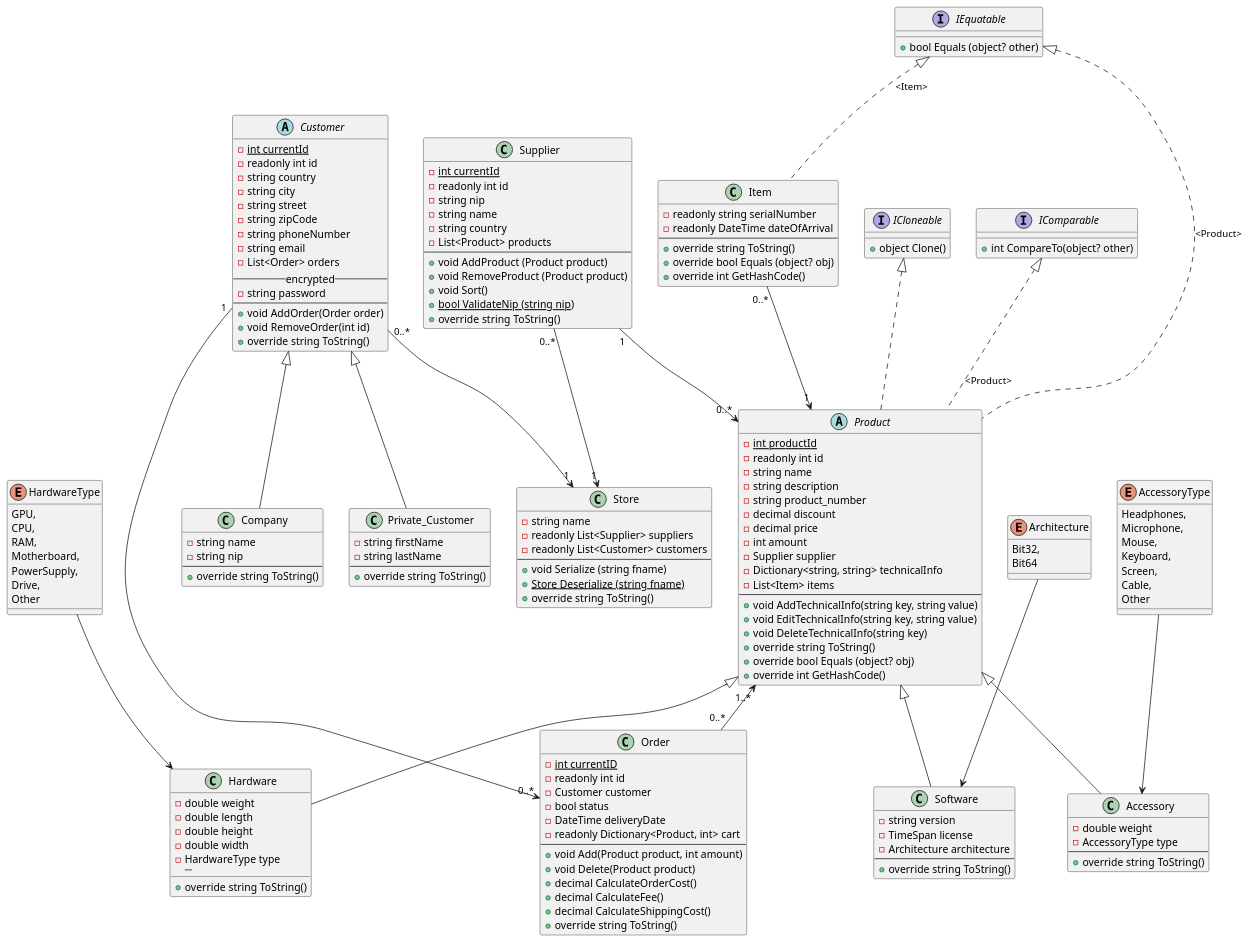
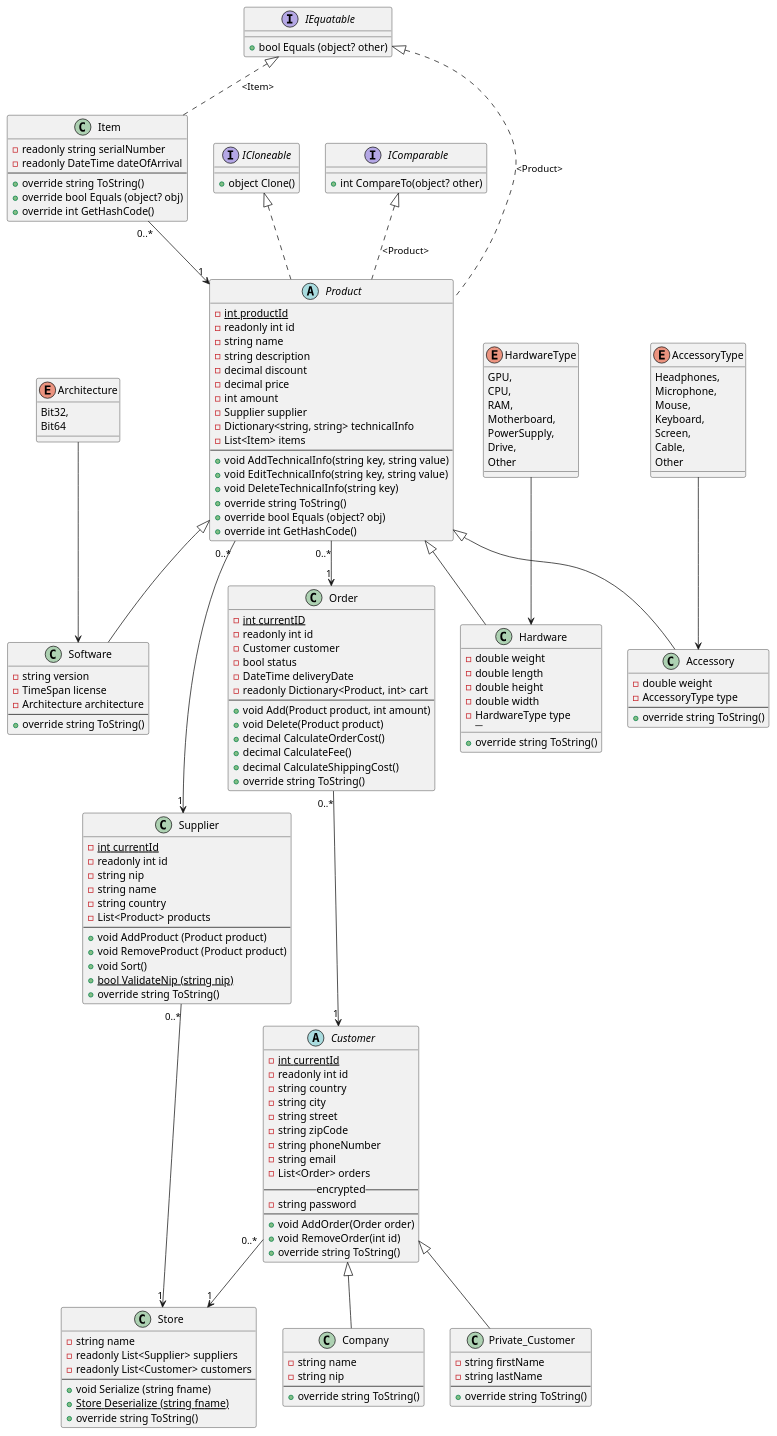
Before and after one commit to Couch-bit/Computer-Store: the diagram in Classes/UML.wsd, drawn with PlantUML. The commit also changed 4 other files, not shown here.

```diff
--- a/Classes/UML.wsd
+++ b/Classes/UML.wsd
@@ -1,185 +1,184 @@
 @startuml Project
 class Supplier {
   -{static} int currentId
   -readonly int id
   -string nip
   -string name
   -string country
   -List<Product> products
   ----
   + void AddProduct (Product product)
   + void RemoveProduct (Product product)
   + void Sort()
   + {static} bool ValidateNip (string nip)
   + override string ToString()
 }
 
 class Company {
   -string name
   -string nip
   ----
   + override string ToString()
 }
 
 class Private_Customer{
   -string firstName
   -string lastName
   ----
   + override string ToString()
 }
 
 abstract Customer {
   -{static} int currentId
   -readonly int id
   -string country
   -string city
   -string street
   -string zipCode
   -string phoneNumber
   -string email
   -List<Order> orders
   -- encrypted --
   -string password
   ----
   + void AddOrder(Order order)
   + void RemoveOrder(int id)
   + override string ToString()
 }
 
 class Order {
   -{static} int currentID
   -readonly int id
   -Customer customer
   -bool status
   -DateTime deliveryDate
   -readonly Dictionary<Product, int> cart
   ----
   + void Add(Product product, int amount)
   + void Delete(Product product)
   + decimal CalculateOrderCost()
   + decimal CalculateFee()
   + decimal CalculateShippingCost()
   + override string ToString()
 }
 
 abstract Product{
   -{static} int productId
   -readonly int id
   -string name
   -string description
-  -string product_number
   -decimal discount
   -decimal price
   -int amount
   -Supplier supplier
   -Dictionary<string, string> technicalInfo
   -List<Item> items
   ----
   + void AddTechnicalInfo(string key, string value)
   + void EditTechnicalInfo(string key, string value)
   + void DeleteTechnicalInfo(string key)
   + override string ToString()
   + override bool Equals (object? obj)
   + override int GetHashCode()
 }
 
 class Item{
   - readonly string serialNumber
   - readonly DateTime dateOfArrival
   ----
   + override string ToString()
   + override bool Equals (object? obj)
   + override int GetHashCode()
 }
 
 class Store{
   - string name
   - readonly List<Supplier> suppliers
   - readonly List<Customer> customers
   ----
   + void Serialize (string fname)
   + {static} Store Deserialize (string fname)
   + override string ToString()
 }
 
 enum HardwareType{
   GPU,
   CPU,
   RAM,
   Motherboard,
   PowerSupply,
   Drive,
   Other
 }
 
 enum AccessoryType{
   Headphones,
   Microphone,
   Mouse,
   Keyboard,
   Screen,
   Cable,
   Other
 }
 
 enum Architecture{
   Bit32,
   Bit64
 }
 
 class Hardware{
   -double weight
   -double length
   -double height
   -double width
   -HardwareType type
   ---- 
   + override string ToString()
 }
 
 class Software{
   -string version
   -TimeSpan license
   -Architecture architecture
   ----
   + override string ToString()
 }
 
 class Accessory{
   -double weight
   -AccessoryType type
   ----
   + override string ToString()
 }
 
 interface ICloneable{
   + object Clone()
 }
 
 interface IComparable{
   + int CompareTo(object? other)
 }
 
 interface IEquatable{
   + bool Equals (object? other)
 }
 
 IEquatable <|-[dashed]- Item : "<Item>"
 IComparable <|-[dashed]- Product : "<Product>"
 IEquatable <|-[dashed]- Product : "<Product>"
 abstract Product implements ICloneable
 HardwareType --> Hardware
 AccessoryType --> Accessory
 Architecture --> Software
 Product <|-- Accessory
 Product <|-- Software
 Product <|-- Hardware
 Customer	<|-- Company
 Customer	<|-- Private_Customer
 Supplier "0..*" --> "1" Store
 Customer "0..*" --> "1" Store
-Product "1..*" <-- "0..*" Order
-Supplier "1" --> "0..*" Product
-Customer "1" --> "0..*" Order
+Product "0..*" --> "1" Order
+Product "0..*" --> "1" Supplier
+Order "0..*" --> "1" Customer
 Item "0..*" --> "1" Product
 @enduml
```
